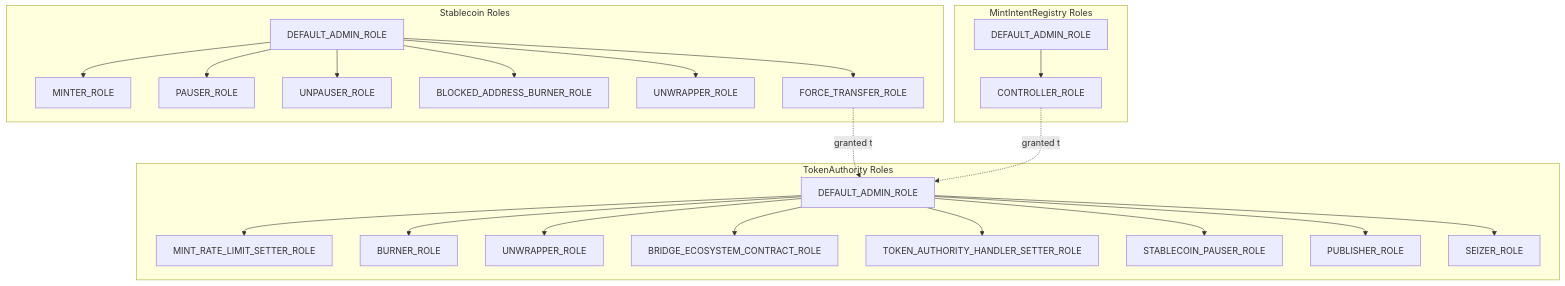
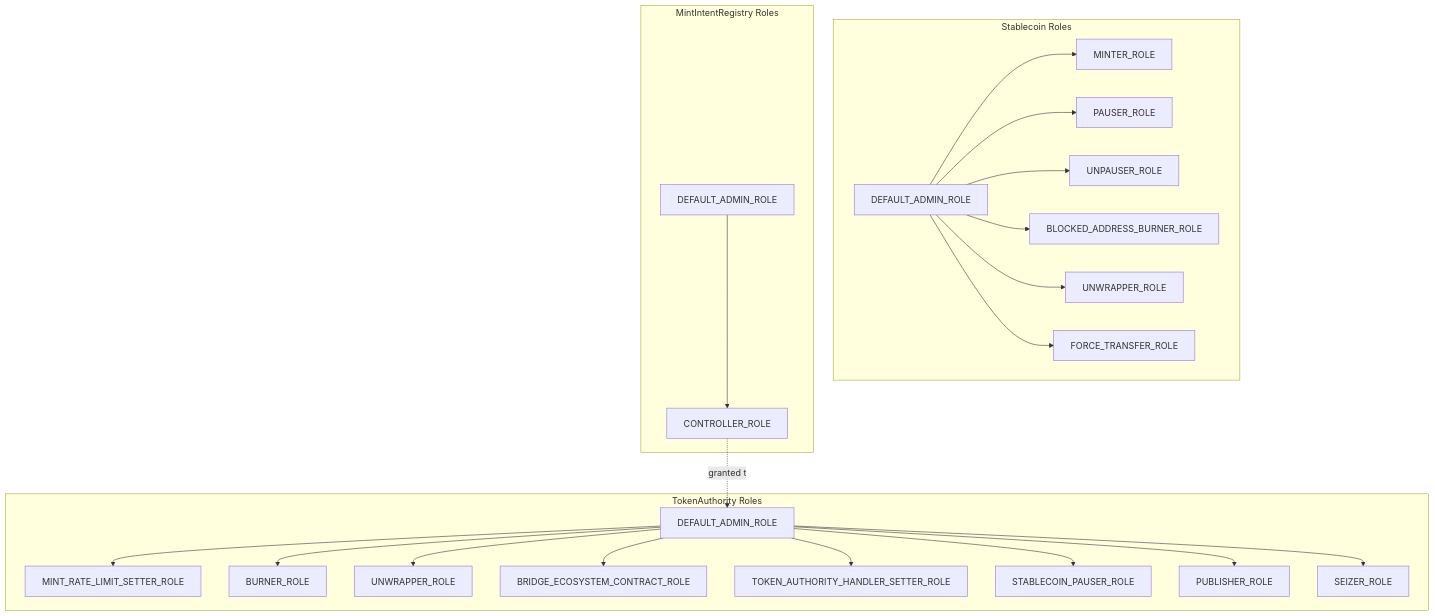
Before and after one commit to withbridge/erc20-stablecoin-template: the first of 4 diagrams in docs/ACCESS_CONTROL.md, drawn with Mermaid. The commit also changed other lines of this file and 16 other files, not shown here.

````diff
--- a/docs/ACCESS_CONTROL.md
+++ b/docs/ACCESS_CONTROL.md
@@ -5,49 +5,48 @@
 ```mermaid
 graph TB
     subgraph "Stablecoin Roles"
         DA[DEFAULT_ADMIN_ROLE]
         M[MINTER_ROLE]
         P[PAUSER_ROLE]
         UP[UNPAUSER_ROLE]
         BAB[BLOCKED_ADDRESS_BURNER_ROLE]
         UW[UNWRAPPER_ROLE]
         FT[FORCE_TRANSFER_ROLE]
     end
 
     subgraph "TokenAuthority Roles"
         TA_DA[DEFAULT_ADMIN_ROLE]
         MRLS[MINT_RATE_LIMIT_SETTER_ROLE]
         B[BURNER_ROLE]
         TA_UW[UNWRAPPER_ROLE]
         BEC[BRIDGE_ECOSYSTEM_CONTRACT_ROLE]
         THS[TOKEN_AUTHORITY_HANDLER_SETTER_ROLE]
         SP[STABLECOIN_PAUSER_ROLE]
         PUB[PUBLISHER_ROLE]
         SZ[SEIZER_ROLE]
     end
 
     subgraph "MintIntentRegistry Roles"
         MIR_DA[DEFAULT_ADMIN_ROLE]
         CR[CONTROLLER_ROLE]
     end
 
     DA --> M
     DA --> P
     DA --> UP
     DA --> BAB
     DA --> UW
     DA --> FT
 
     TA_DA --> MRLS
     TA_DA --> B
     TA_DA --> TA_UW
     TA_DA --> BEC
     TA_DA --> THS
     TA_DA --> SP
     TA_DA --> PUB
     TA_DA --> SZ
-    FT -.granted to.-> TA_DA
 
     MIR_DA --> CR
     CR -.granted to.-> TA_DA
 ```
````
